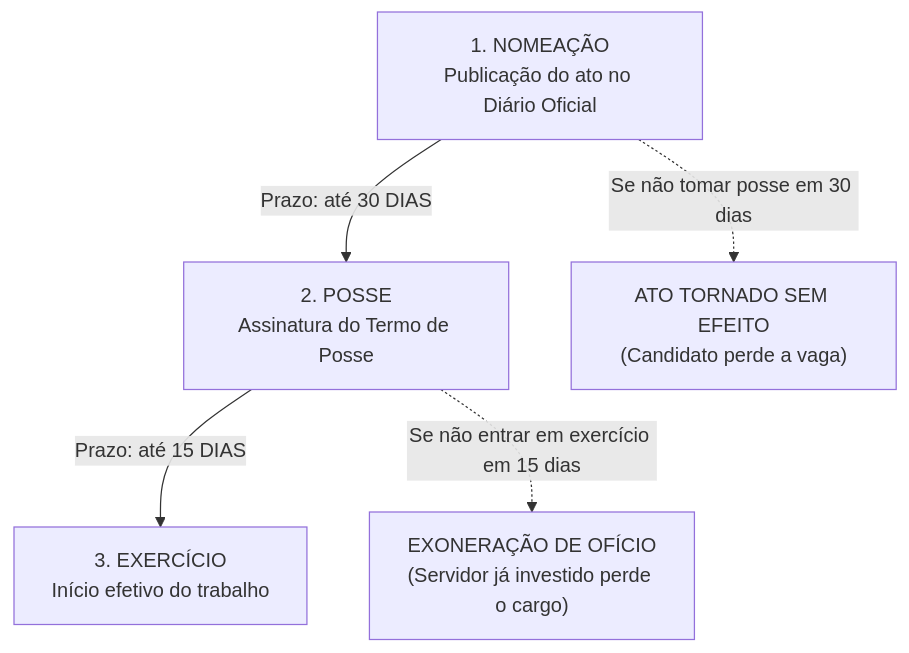
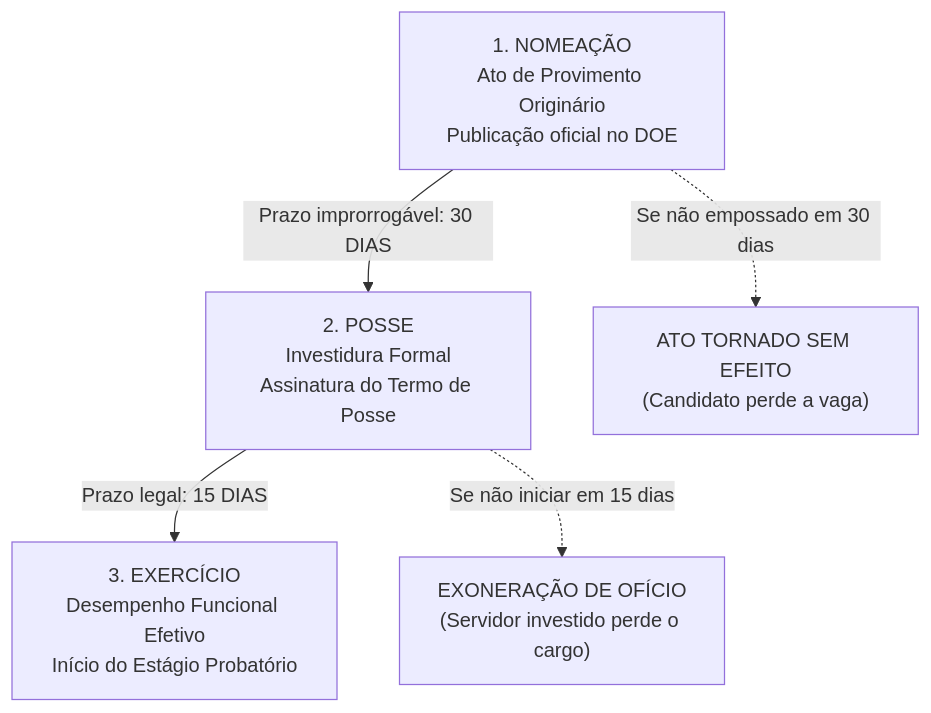
One commit to thiagosantos346/TCE-GO-2027 changed the second of 9 diagrams in fontes_de_estudo/conhecimentos_especificos_a01_tecnico_administrativo/25_gestao_de_pessoas/04_estatuto_dos_servidores_do_estado_de_goias_lei_20756.md. Above: the diagram before and after it, drawn with Mermaid. The commit also changed other lines of this file and 119 other files, not shown here.

````diff
--- a/fontes_de_estudo/conhecimentos_especificos_a01_tecnico_administrativo/25_gestao_de_pessoas/04_estatuto_dos_servidores_do_estado_de_goias_lei_20756.md
+++ b/fontes_de_estudo/conhecimentos_especificos_a01_tecnico_administrativo/25_gestao_de_pessoas/04_estatuto_dos_servidores_do_estado_de_goias_lei_20756.md
@@ -93,8 +143,8 @@
 ```mermaid
 flowchart TD
-    N["1. NOMEAÇÃO<br/>Publicação do ato no Diário Oficial"] -->|Prazo: até 30 DIAS| P["2. POSSE<br/>Assinatura do Termo de Posse"]
-    P -->|Prazo: até 15 DIAS| E["3. EXERCÍCIO<br/>Início efetivo do trabalho"]
+    N["1. NOMEAÇÃO<br/>Ato de Provimento Originário<br/>Publicação oficial no DOE"] -->|Prazo improrrogável: 30 DIAS| P["2. POSSE<br/>Investidura Formal<br/>Assinatura do Termo de Posse"]
+    P -->|Prazo legal: 15 DIAS| E["3. EXERCÍCIO<br/>Desempenho Funcional Efetivo<br/>Início do Estágio Probatório"]
 
-    N -.->|Se não tomar posse em 30 dias| T["ATO TORNADO SEM EFEITO<br/>(Candidato perde a vaga)"]
-    P -.->|Se não entrar em exercício em 15 dias| X["EXONERAÇÃO DE OFÍCIO<br/>(Servidor já investido perde o cargo)"]
+    N -.->|Se não empossado em 30 dias| T["ATO TORNADO SEM EFEITO<br/>(Candidato perde a vaga)"]
+    P -.->|Se não iniciar em 15 dias| X["EXONERAÇÃO DE OFÍCIO<br/>(Servidor investido perde o cargo)"]
 ```
````
